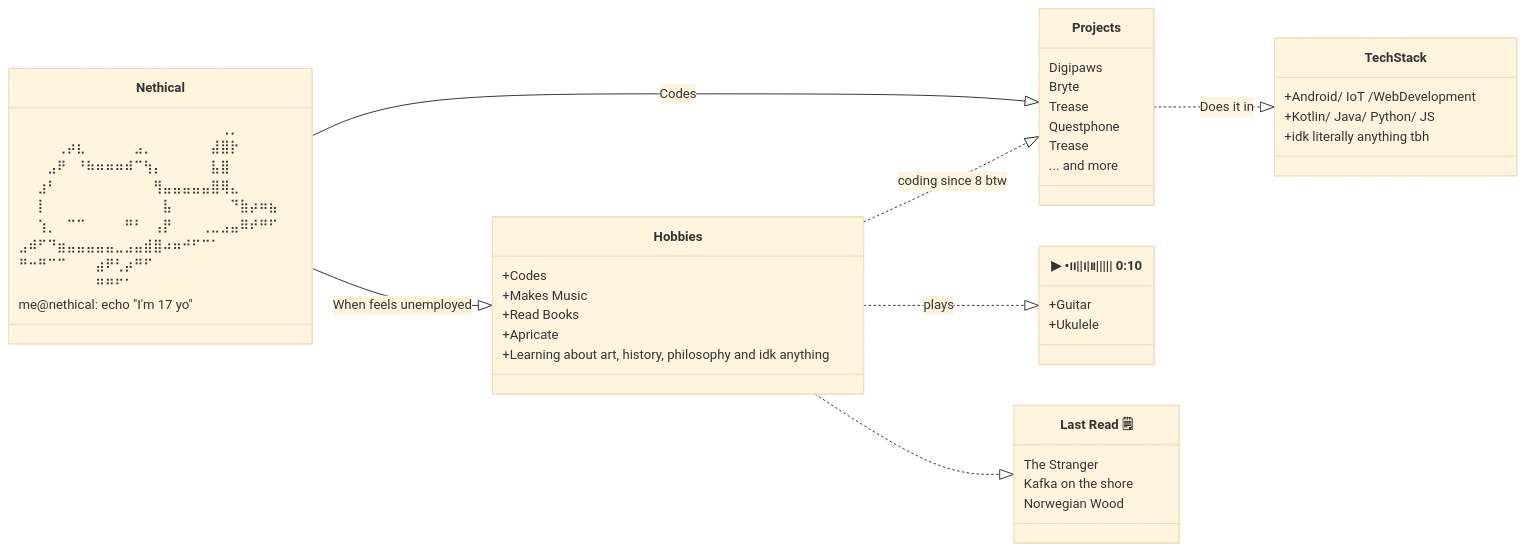
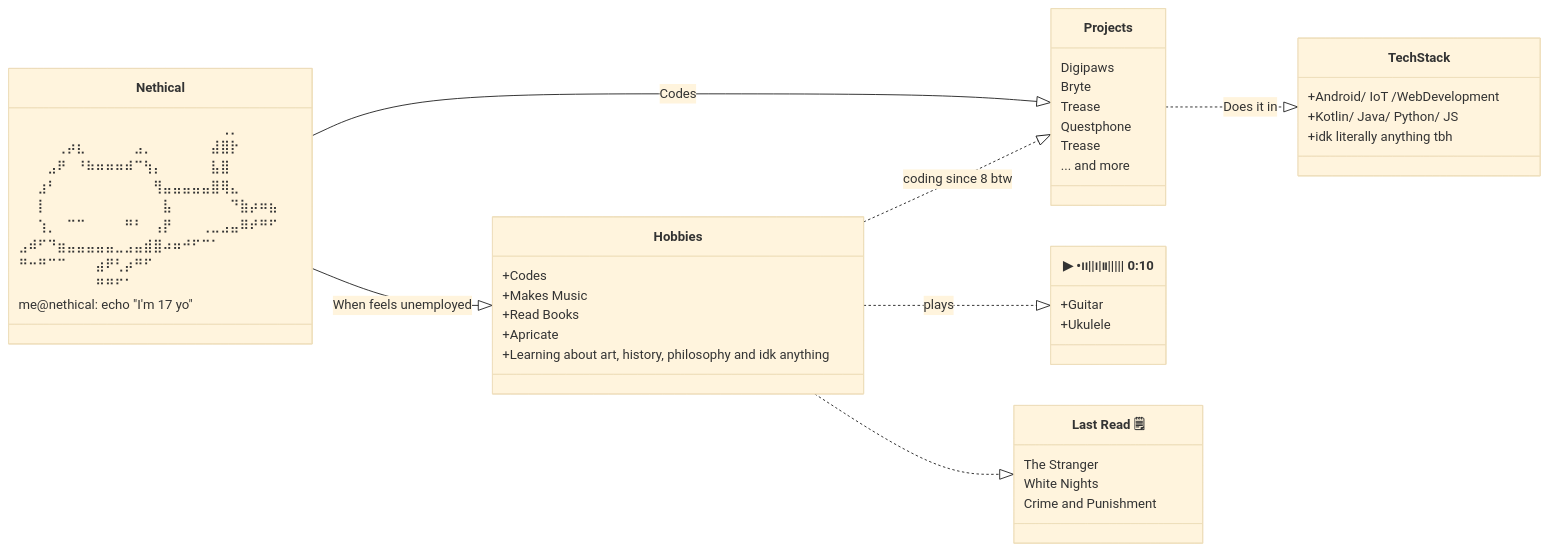
Before and after one commit to nethical6/nethical6: the diagram in README.md, drawn with Mermaid (base theme). The commit also changed other lines of this file, not shown here.

````diff
--- a/README.md
+++ b/README.md
@@ -1,56 +1,56 @@
 ```mermaid
 classDiagram
     direction LR
     class Nethical {
 ⠀⠀⠀⠀⠀⠀⠀⠀⠀⠀⠀⠀⠀⠀⠀⠀⠀⠀⠀⠀⠀⢀⡀⠀⠀⠀⠀
 ⠀⠀⠀⠀⢀⡴⣆⠀⠀⠀⠀⠀⣠⡀⠀⠀⠀⠀⠀⠀⣼⣿⡗⠀⠀⠀⠀
 ⠀⠀⠀⣠⠟⠀⠘⠷⠶⠶⠶⠾⠉⢳⡄⠀⠀⠀⠀⠀⣧⣿⠀⠀⠀⠀⠀
 ⠀⠀⣰⠃⠀⠀⠀⠀⠀⠀⠀⠀⠀⠀⢻⣤⣤⣤⣤⣤⣿⢿⣄⠀⠀⠀⠀
 ⠀⠀⡇⠀⠀⠀⠀⠀⠀⠀⠀⠀⠀⠀⠀⣧⠀⠀⠀⠀⠀⠀⠙⣷⡴⠶⣦
 ⠀⠀⢱⡀⠀⠉⠉⠀⠀⠀⠀⠛⠃⠀⢠⡟⠀⠀⠀⢀⣀⣠⣤⠿⠞⠛⠋
 ⣠⠾⠋⠙⣶⣤⣤⣤⣤⣤⣀⣠⣤⣾⣿⠴⠶⠚⠋⠉⠁⠀⠀⠀⠀⠀⠀
 ⠛⠒⠛⠉⠉⠀⠀⠀⣴⠟⢃⡴⠛⠋⠀⠀⠀⠀⠀⠀⠀⠀⠀⠀⠀⠀⠀
 ⠀⠀⠀⠀⠀⠀⠀⠀⠛⠛⠋⠁⠀⠀⠀⠀⠀⠀⠀⠀⠀⠀⠀⠀⠀⠀⠀
 
         me@nethical: echo "I'm 17 yo" 
     }
     class Projects {
         Digipaws
         Bryte
         Trease
         Questphone
         Trease
         ... and more
-    }
+    }  
     class Hobbies {
         +Codes
         +Makes Music
         +Read Books
         +Apricate
         +Learning about art, history, philosophy and idk anything
     }
 
     class Music["▶︎ •၊၊||၊|။||||| 0:10"] {
         +Guitar
         +Ukulele
     }
     class TechStack {
         +Android/ IoT /WebDevelopment
         +Kotlin/ Java/ Python/ JS
         +idk literally anything tbh
     }
 
     class LastRead["Last Read 🗒"] {
         The Stranger
-        Kafka on the shore
-        Norwegian Wood
+        White Nights
+        Crime and Punishment
     }
 
     Nethical --|> Projects : Codes
     Nethical --|> Hobbies : When feels unemployed
 
     Projects ..|> TechStack : Does it in
     Hobbies ..|> Projects : coding since 8 btw 
     Hobbies ..|> Music : plays
     Hobbies ..|> LastRead
 ```
````
